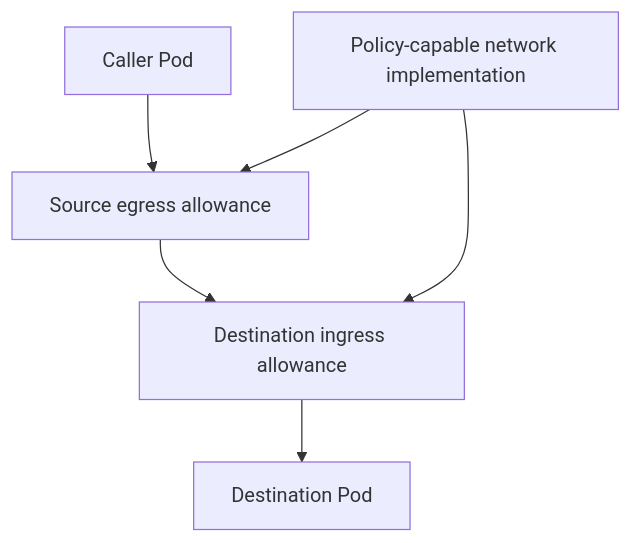
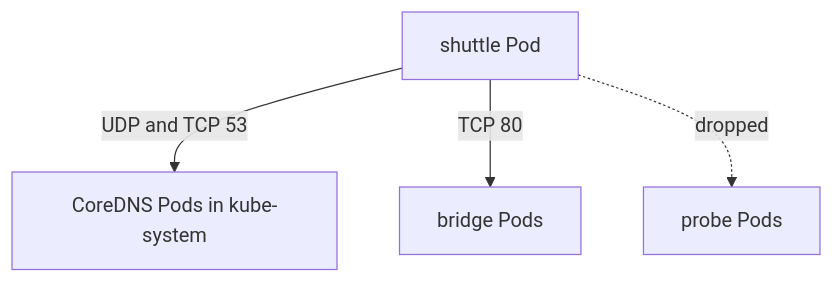
The diagram in sections/section-020/module-01/course-02-networkpolicy-and-allowed-connections.md (astrona-io/ATS026), drawn with Mermaid before and after one commit. The commit also changed other lines of this file and 379 other files, not shown here.

````diff
--- a/sections/section-020/module-01/course-02-networkpolicy-and-allowed-connections.md
+++ b/sections/section-020/module-01/course-02-networkpolicy-and-allowed-connections.md
@@ -56,8 +84,6 @@
 ```mermaid
 flowchart TB
-    C["Caller Pod"] --> E["Source egress allowance"]
-    E --> I["Destination ingress allowance"]
-    I --> D["Destination Pod"]
-    N["Policy-capable network implementation"] --> E
-    N --> I
+    C["shuttle Pod"] -->|"UDP and TCP 53"| D["CoreDNS Pods in kube-system"]
+    C -->|"TCP 80"| B["bridge Pods"]
+    C -.->|"dropped"| P["probe Pods"]
 ```
````
